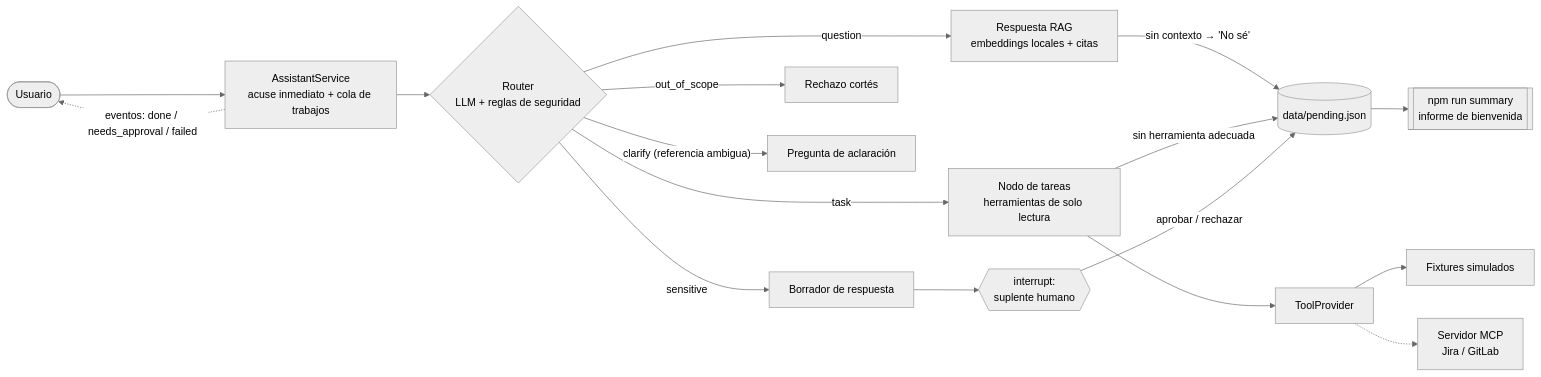
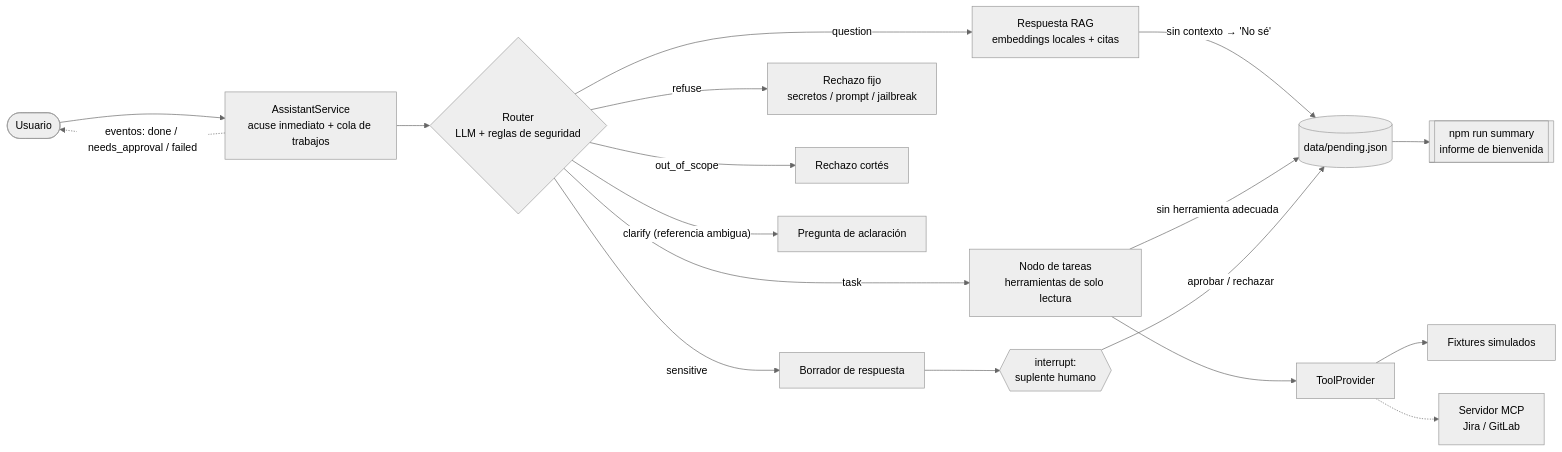
The diagram in README.md (serranitoFlock/suplente-digital), drawn with Mermaid (neutral theme) before and after one commit. The commit also changed other lines of this file and 14 other files, not shown here.

First line of the commit message:
feat(security): refuse secret, system-prompt and jailbreak requests directly

````diff
--- a/README.md
+++ b/README.md
@@ -88,18 +88,19 @@
 ```mermaid
 flowchart LR
     U([Usuario]) --> SV[AssistantService<br/>acuse inmediato + cola de trabajos]
     SV -. "eventos: done / needs_approval / failed" .-> U
     SV --> R{Router<br/>LLM + reglas de seguridad}
     R -- question --> A[Respuesta RAG<br/>embeddings locales + citas]
     R -- task --> T[Nodo de tareas<br/>herramientas de solo lectura]
     R -- sensitive --> D[Borrador de respuesta] --> H{{interrupt:<br/>suplente humano}}
+    R -- refuse --> X[Rechazo fijo<br/>secretos / prompt / jailbreak]
     R -- out_of_scope --> O[Rechazo cortés]
     R -- "clarify (referencia ambigua)" --> C[Pregunta de aclaración]
     A -- "sin contexto → 'No sé'" --> P[(data/pending.json)]
     T -- sin herramienta adecuada --> P
     H -- aprobar / rechazar --> P
     T --> TP[ToolProvider]
     TP --> M[Fixtures simulados]
     TP -.-> MCP[Servidor MCP<br/>Jira / GitLab]
     P --> S[[npm run summary<br/>informe de bienvenida]]
 ```
````
